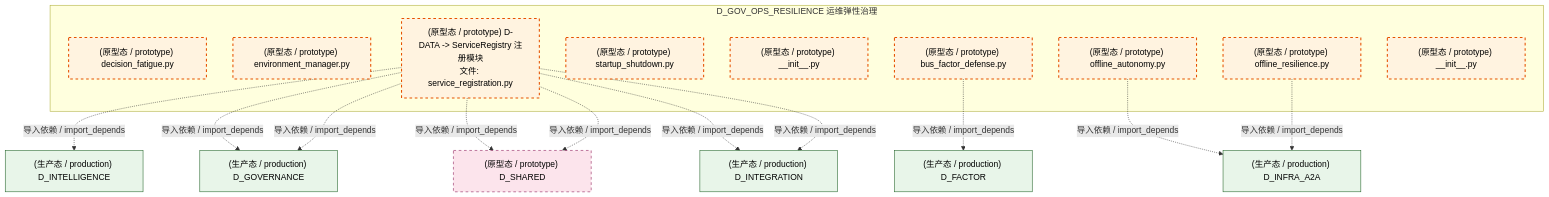
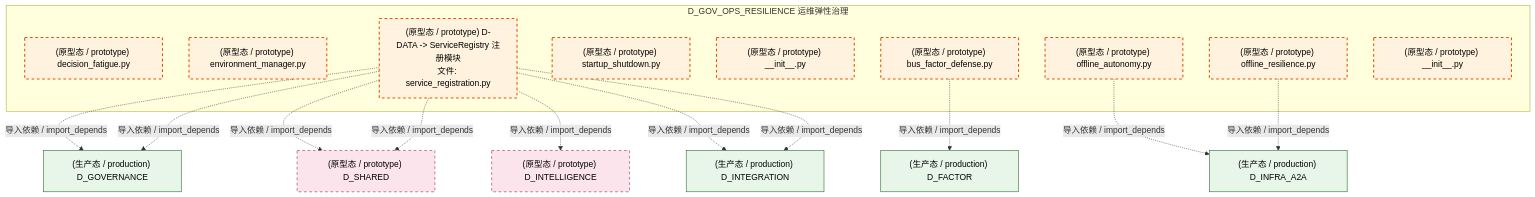
Before and after one commit to xuanFelixVan/ZephyrAlpha: the fifth of 6 diagrams in docs/02_enterprise_architecture/02_domain_architecture_docs/17_d_gov_ops_resilience.md, drawn with Mermaid. The commit also changed other lines of this file and 111 other files, not shown here.

````diff
--- a/docs/02_enterprise_architecture/02_domain_architecture_docs/17_d_gov_ops_resilience.md
+++ b/docs/02_enterprise_architecture/02_domain_architecture_docs/17_d_gov_ops_resilience.md
@@ -569,37 +566,37 @@
 ```mermaid
 graph TD
     subgraph D_GOV_OPS_RESILIENCE["D_GOV_OPS_RESILIENCE 运维弹性治理"]
         src_zephyr_governance_ops_governance_decision_fatigue_py["(原型态 / prototype) decision_fatigue.py"]
         src_zephyr_governance_ops_governance_environment_manager_py["(原型态 / prototype) environment_manager.py"]
         src_zephyr_governance_ops_governance_service_registration_py["(原型态 / prototype) D-DATA -> ServiceRegistry 注册模块<br/>文件: service_registration.py"]
         src_zephyr_governance_ops_governance_startup_shutdown_py["(原型态 / prototype) startup_shutdown.py"]
         src_zephyr_governance_resilience_governance_init_py["(原型态 / prototype) __init__.py"]
         src_zephyr_governance_resilience_governance_bus_factor_defense_py["(原型态 / prototype) bus_factor_defense.py"]
         src_zephyr_governance_resilience_governance_offline_autonomy_py["(原型态 / prototype) offline_autonomy.py"]
         src_zephyr_governance_resilience_governance_offline_resilience_py["(原型态 / prototype) offline_resilience.py"]
         src_zephyr_governance_security_governance_init_py["(原型态 / prototype) __init__.py"]
     end
-    D_INTELLIGENCE["(生产态 / production) D_INTELLIGENCE"]
+    D_GOVERNANCE["(生产态 / production) D_GOVERNANCE"]
+    src_zephyr_governance_ops_governance_service_registration_py -.->|导入依赖 / import_depends| D_GOVERNANCE
+    D_SHARED["(原型态 / prototype) D_SHARED"]
+    src_zephyr_governance_ops_governance_service_registration_py -.->|导入依赖 / import_depends| D_SHARED
+    D_INTELLIGENCE["(原型态 / prototype) D_INTELLIGENCE"]
     src_zephyr_governance_ops_governance_service_registration_py -.->|导入依赖 / import_depends| D_INTELLIGENCE
     D_INFRA_A2A["(生产态 / production) D_INFRA_A2A"]
     src_zephyr_governance_resilience_governance_offline_autonomy_py -.->|导入依赖 / import_depends| D_INFRA_A2A
-    D_GOVERNANCE["(生产态 / production) D_GOVERNANCE"]
     src_zephyr_governance_ops_governance_service_registration_py -.->|导入依赖 / import_depends| D_GOVERNANCE
-    src_zephyr_governance_ops_governance_service_registration_py -.->|导入依赖 / import_depends| D_GOVERNANCE
-    D_SHARED["(原型态 / prototype) D_SHARED"]
-    src_zephyr_governance_ops_governance_service_registration_py -.->|导入依赖 / import_depends| D_SHARED
     src_zephyr_governance_resilience_governance_offline_resilience_py -.->|导入依赖 / import_depends| D_INFRA_A2A
     src_zephyr_governance_ops_governance_service_registration_py -.->|导入依赖 / import_depends| D_SHARED
     D_FACTOR["(生产态 / production) D_FACTOR"]
     src_zephyr_governance_resilience_governance_bus_factor_defense_py -.->|导入依赖 / import_depends| D_FACTOR
     D_INTEGRATION["(生产态 / production) D_INTEGRATION"]
     src_zephyr_governance_ops_governance_service_registration_py -.->|导入依赖 / import_depends| D_INTEGRATION
     src_zephyr_governance_ops_governance_service_registration_py -.->|导入依赖 / import_depends| D_INTEGRATION
     classDef production fill:#e1f5fe,stroke:#01579b,stroke-width:2px,color:#000
     classDef design fill:#fff3e0,stroke:#e65100,stroke-width:2px,color:#000,stroke-dasharray: 5 5
     classDef external_prod fill:#e8f5e9,stroke:#1b5e20,stroke-width:1px,color:#000
     classDef external_design fill:#fce4ec,stroke:#880e4f,stroke-width:1px,color:#000,stroke-dasharray: 5 5
     class src_zephyr_governance_ops_governance_decision_fatigue_py,src_zephyr_governance_ops_governance_environment_manager_py,src_zephyr_governance_ops_governance_service_registration_py,src_zephyr_governance_ops_governance_startup_shutdown_py,src_zephyr_governance_resilience_governance_init_py,src_zephyr_governance_resilience_governance_bus_factor_defense_py,src_zephyr_governance_resilience_governance_offline_autonomy_py,src_zephyr_governance_resilience_governance_offline_resilience_py,src_zephyr_governance_security_governance_init_py design
-    class D_INTELLIGENCE,D_INFRA_A2A,D_GOVERNANCE,D_FACTOR,D_INTEGRATION external_prod
-    class D_SHARED external_design
+    class D_GOVERNANCE,D_INFRA_A2A,D_FACTOR,D_INTEGRATION external_prod
+    class D_SHARED,D_INTELLIGENCE external_design
 ```
````
